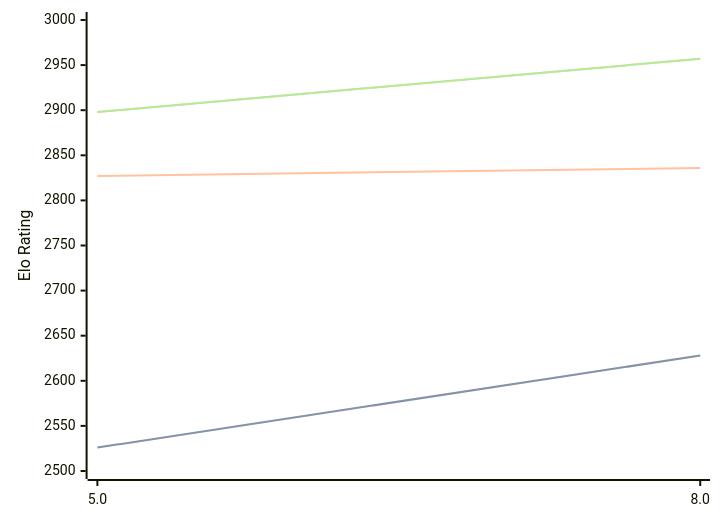
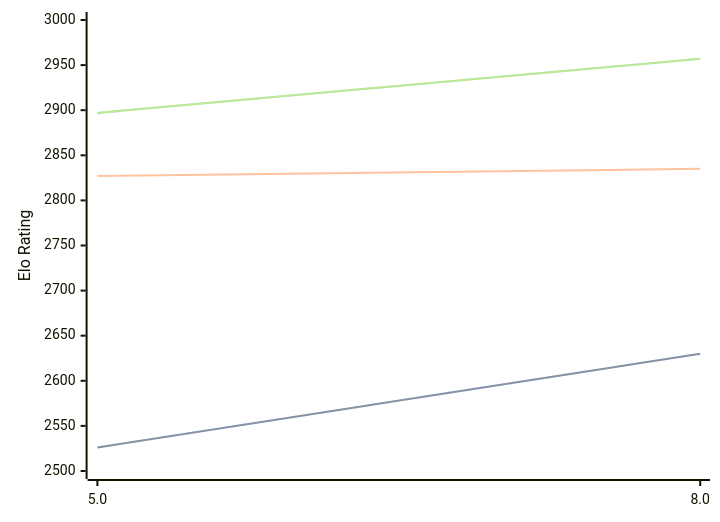
One commit to computer-chess-index/cci changed the diagram in engines/4kc.md. Above: the diagram before and after it, drawn with Mermaid. The commit also changed other lines of this file, not shown here.

Commit message:
Update CCI Ratings (ELO VLTC) - 2026-03-16

````diff
--- a/engines/4kc.md
+++ b/engines/4kc.md
@@ -39,11 +39,11 @@
 ```mermaid
 %%{init: {"theme":"base","themeVariables":{"seriesColors:['#a3a3a3','#222221','#faa371']}}}%%
 xychart-beta
   x-axis ["5.0", "8.0"]
   y-axis "Elo Rating" 2500 --> 3000
-  line "STC (8.0+0.08s)" [2526, 2628]
-  line "STC (8.0+0.08s)" [2526, 2628]
-  line "LTC (60.0+0.60s)" [2827, 2836]
-  line "VLTC (2m24s+1.12s)" [2898, 2957]
-  line "VLTC (2m24s+1.12s)" [2898, 2957]
+  line "STC (8.0+0.08s)" [2526, 2630]
+  line "STC (8.0+0.08s)" [2526, 2630]
+  line "LTC (60.0+0.60s)" [2827, 2835]
+  line "VLTC (2m24s+1.12s)" [2897, 2957]
+  line "VLTC (2m24s+1.12s)" [2897, 2957]
 ```
````
